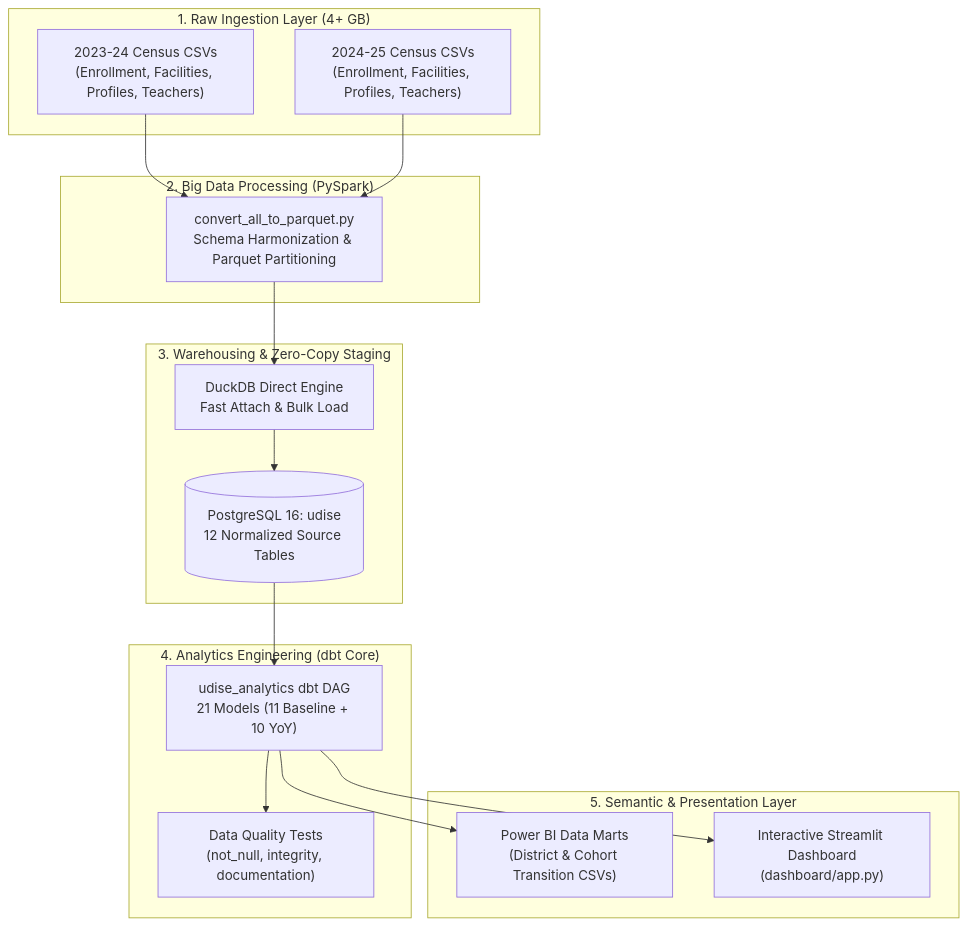
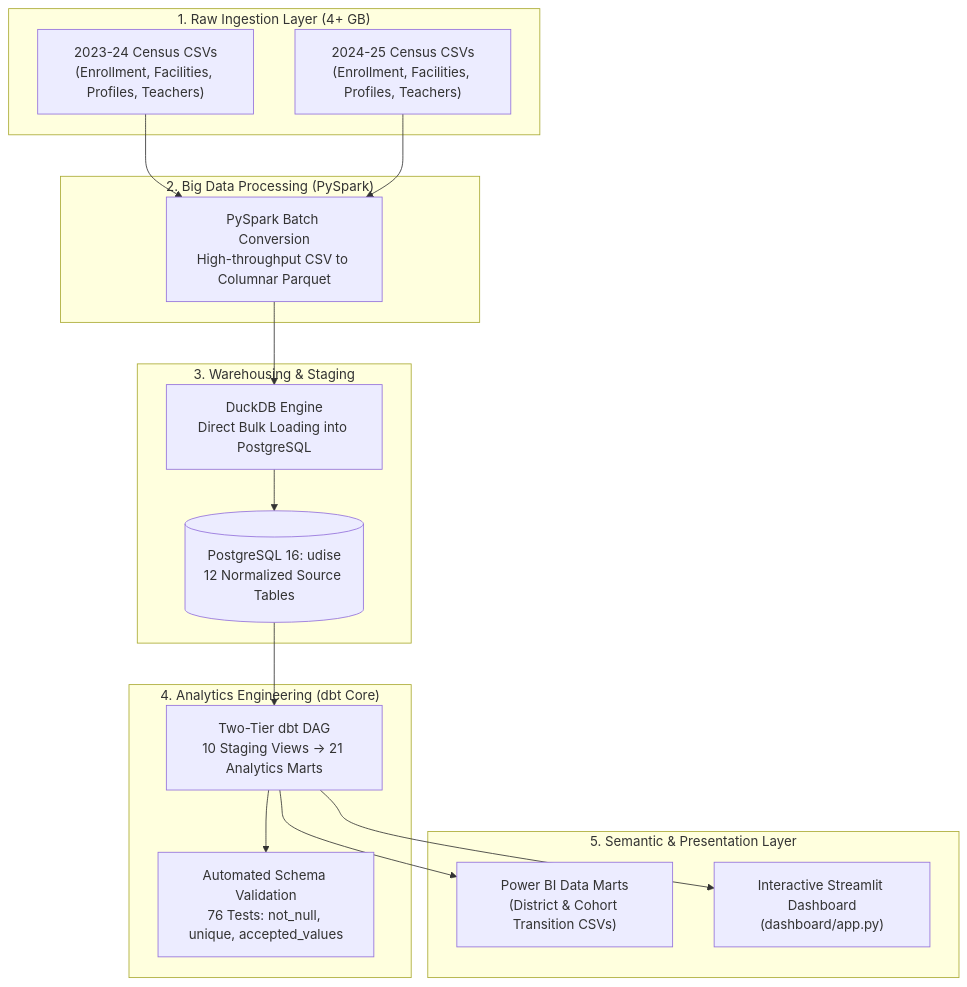
The diagram in README.md (unknownsteve7/UDISE_DATA_ANALYSIS), drawn with Mermaid before and after one commit. The commit also changed other lines of this file and 52 other files, not shown here.

Commit message:
refactor: secure db credentials, implement dbt staging and marts layers, and dynamic paths

````diff
--- a/README.md
+++ b/README.md
@@ -25,32 +25,32 @@
 ```mermaid
 flowchart TD
     subgraph S1["1. Raw Ingestion Layer (4+ GB)"]
         A1["2023-24 Census CSVs<br/>(Enrollment, Facilities, Profiles, Teachers)"]
         A2["2024-25 Census CSVs<br/>(Enrollment, Facilities, Profiles, Teachers)"]
     end
 
     subgraph S2["2. Big Data Processing (PySpark)"]
-        B["convert_all_to_parquet.py<br/>Schema Harmonization & Parquet Partitioning"]
+        B["PySpark Batch Conversion<br/>High-throughput CSV to Columnar Parquet"]
     end
 
-    subgraph S3["3. Warehousing & Zero-Copy Staging"]
-        C["DuckDB Direct Engine<br/>Fast Attach & Bulk Load"]
+    subgraph S3["3. Warehousing & Staging"]
+        C["DuckDB Engine<br/>Direct Bulk Loading into PostgreSQL"]
         D[("PostgreSQL 16: udise<br/>12 Normalized Source Tables")]
     end
 
     subgraph S4["4. Analytics Engineering (dbt Core)"]
-        E["udise_analytics dbt DAG<br/>21 Models (11 Baseline + 10 YoY)"]
-        F["Data Quality Tests<br/>(not_null, integrity, documentation)"]
+        E["Two-Tier dbt DAG<br/>10 Staging Views → 21 Analytics Marts"]
+        F["Automated Schema Validation<br/>76 Tests: not_null, unique, accepted_values"]
     end
 
     subgraph S5["5. Semantic & Presentation Layer"]
         G["Power BI Data Marts<br/>(District & Cohort Transition CSVs)"]
         H["Interactive Streamlit Dashboard<br/>(dashboard/app.py)"]
     end
 
     A1 & A2 --> B
     B --> C --> D
     D --> E --> F
     E --> G
     E --> H
 ```
````
